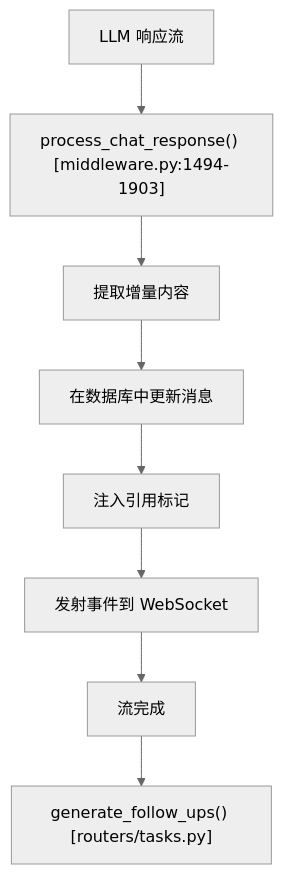
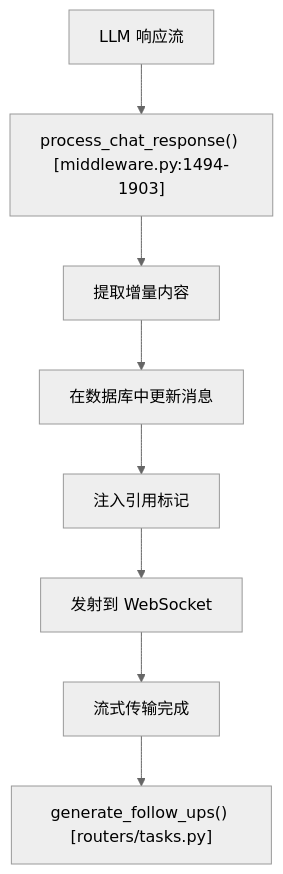
Before and after one commit to Chesszyh/Wiki: the tenth of 10 diagrams in tests/open-webui_deepwiki/zh/6-backend-processing-pipeline.md, drawn with Mermaid (neutral theme). The commit also changed other lines of this file and 234 other files, not shown here.

````diff
--- a/tests/open-webui_deepwiki/zh/6-backend-processing-pipeline.md
+++ b/tests/open-webui_deepwiki/zh/6-backend-processing-pipeline.md
@@ -632,19 +632,19 @@
 ```mermaid
 flowchart TD
     LLMStream["LLM 响应流"]
     ProcessResponse["process_chat_response() [middleware.py:1494-1903]"]
     ExtractDelta["提取增量内容"]
     UpdateDB["在数据库中更新消息"]
     InjectSources["注入引用标记"]
-    EmitEvent["发射事件到 WebSocket"]
-    Complete["流完成"]
+    EmitEvent["发射到 WebSocket"]
+    Complete["流式传输完成"]
     FollowUp["generate_follow_ups() [routers/tasks.py]"]
 
     LLMStream --> ProcessResponse
     ProcessResponse --> ExtractDelta
     ExtractDelta --> UpdateDB
     UpdateDB --> InjectSources
     InjectSources --> EmitEvent
     EmitEvent --> Complete
     Complete --> FollowUp
 ```
````
